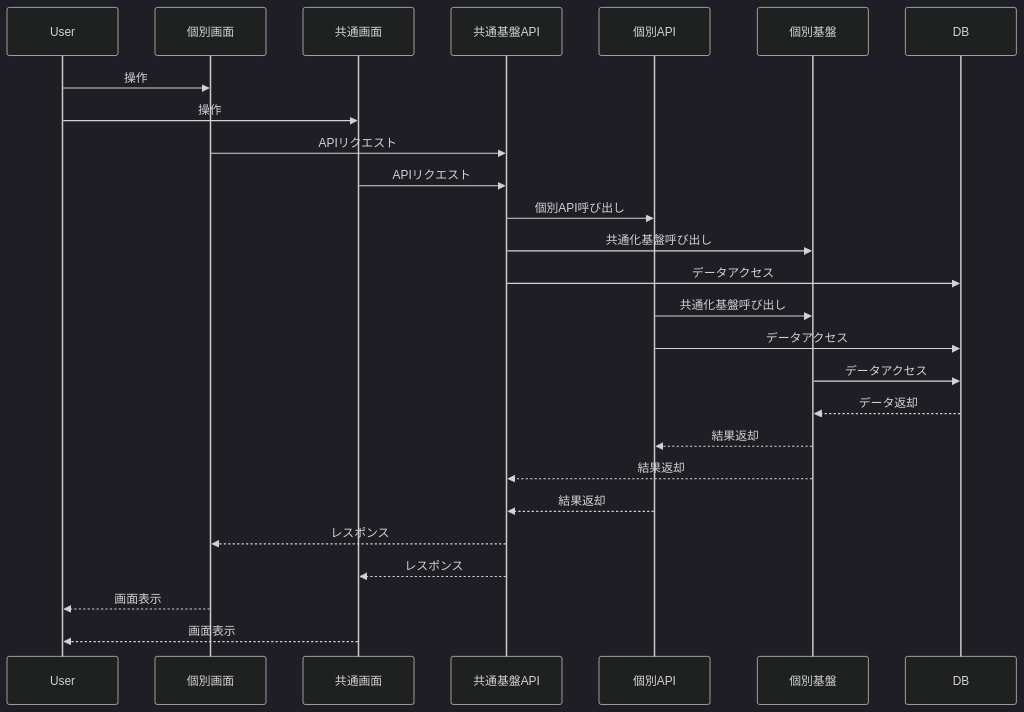
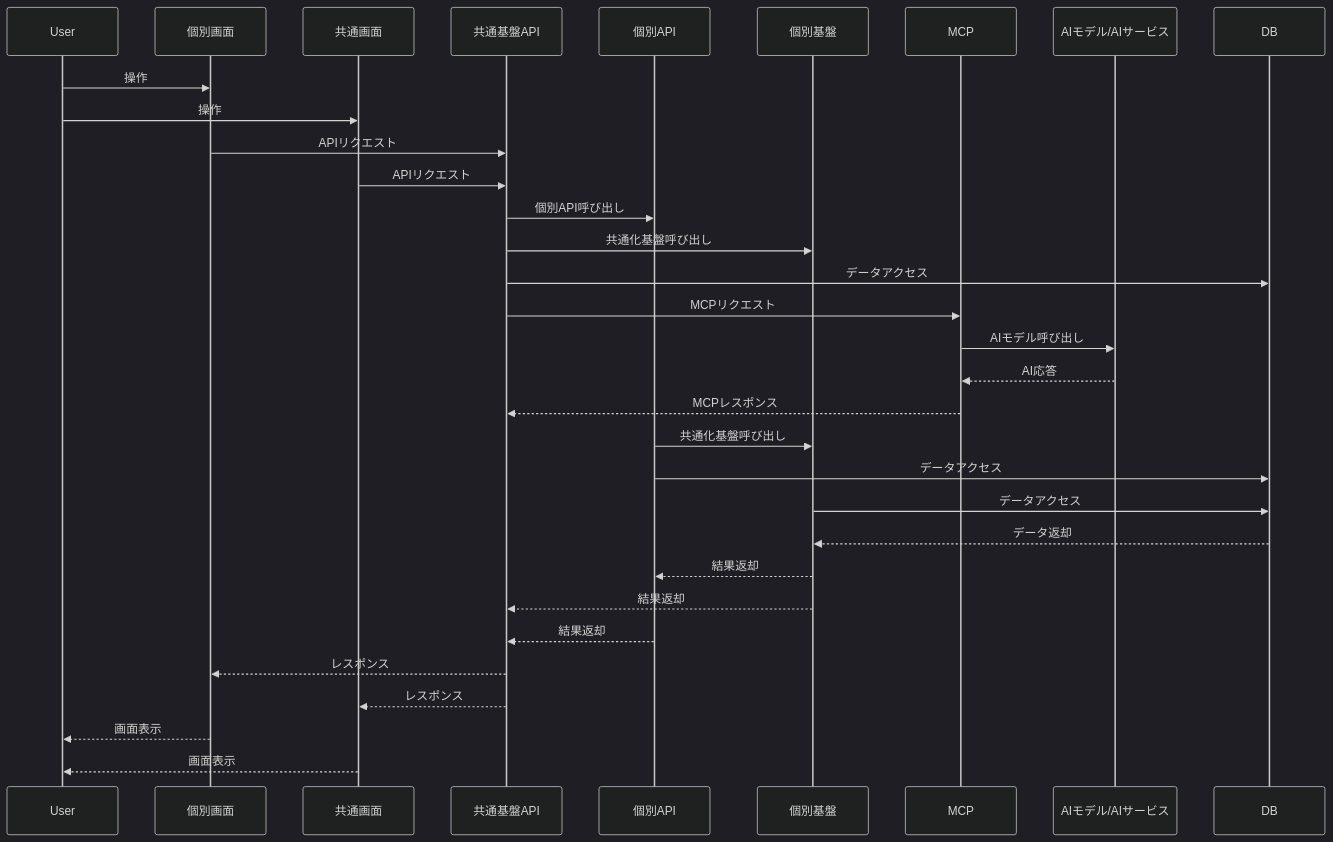
The second of 2 diagrams in docs/01_設計/01_アーキテクチャ.md (RyuheiKiso/KisoFramework), drawn with Mermaid (dark theme) before and after one commit. The commit also changed other lines of this file and 2 other files, not shown here.

First line of the commit message:
feat: MCP（Model Context Protocol）を導入し、AIモデル連携の標準化を図る

````diff
--- a/docs/01_設計/01_アーキテクチャ.md
+++ b/docs/01_設計/01_アーキテクチャ.md
@@ -217,29 +245,36 @@
 ```mermaid
 sequenceDiagram
   participant User
   participant IndividualUI as 個別画面
   participant CommonUI as 共通画面
   participant CommonAPI as 共通基盤API
   participant IndividualAPI as 個別API
   participant IndividualPlatform as 個別基盤
+  participant MCP as MCP
+  participant AIModel as AIモデル/AIサービス
   participant DB
 
   User->>IndividualUI: 操作
   User->>CommonUI: 操作
   IndividualUI->>CommonAPI: APIリクエスト
   CommonUI->>CommonAPI: APIリクエスト
   CommonAPI->>IndividualAPI: 個別API呼び出し
   CommonAPI->>IndividualPlatform: 共通化基盤呼び出し
   CommonAPI->>DB: データアクセス
+  %% AI連携
+  CommonAPI->>MCP: MCPリクエスト
+  MCP->>AIModel: AIモデル呼び出し
+  AIModel-->>MCP: AI応答
+  MCP-->>CommonAPI: MCPレスポンス
   IndividualAPI->>IndividualPlatform: 共通化基盤呼び出し
   IndividualAPI->>DB: データアクセス
   IndividualPlatform->>DB: データアクセス
   DB-->>IndividualPlatform: データ返却
   IndividualPlatform-->>IndividualAPI: 結果返却
   IndividualPlatform-->>CommonAPI: 結果返却
   IndividualAPI-->>CommonAPI: 結果返却
   CommonAPI-->>IndividualUI: レスポンス
   CommonAPI-->>CommonUI: レスポンス
   IndividualUI-->>User: 画面表示
   CommonUI-->>User: 画面表示
 ```
````
